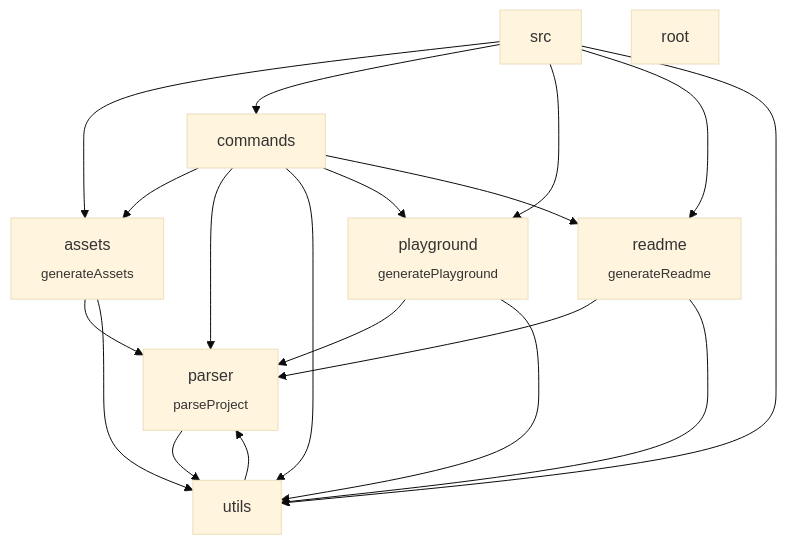
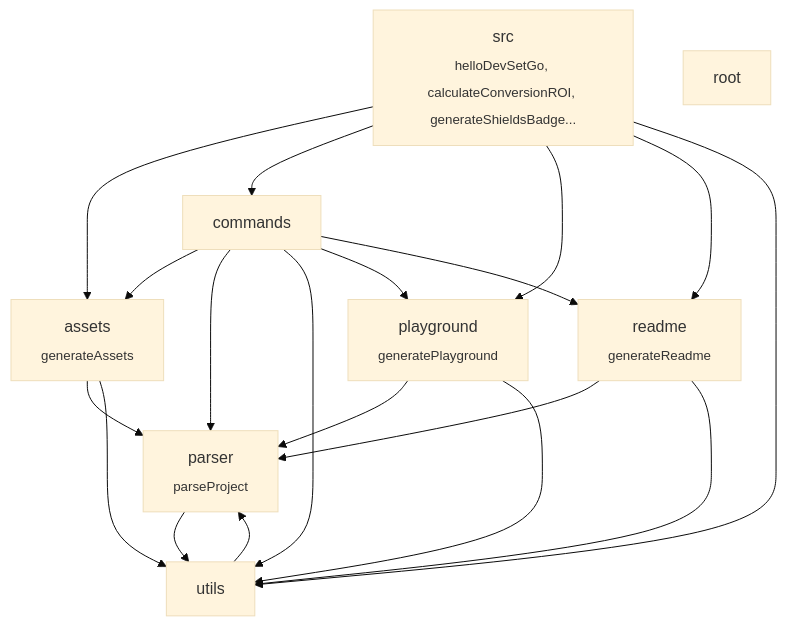
Before and after one commit to abdullahbilal-y/devsetgo: the diagram in README.md, drawn with Mermaid (base theme). The commit also changed 10 other files, not shown here.

````diff
--- a/README.md
+++ b/README.md
@@ -49,29 +49,29 @@
 ```mermaid
 graph TB
     assets["assets<br/><sub>generateAssets</sub>"]
-    src["src"]
+    src["src<br/><sub>helloDevSetGo, calculateConversionROI, generateShieldsBadge...</sub>"]
     commands["commands"]
     parser["parser<br/><sub>parseProject</sub>"]
     playground["playground<br/><sub>generatePlayground</sub>"]
     readme["readme<br/><sub>generateReadme</sub>"]
     utils["utils"]
     root["root"]
     assets --> parser
     assets --> utils
     src --> assets
     src --> commands
     src --> playground
     src --> readme
     src --> utils
     commands --> assets
     commands --> parser
     commands --> utils
     commands --> playground
     commands --> readme
     parser --> utils
     playground --> parser
     playground --> utils
     readme --> parser
     readme --> utils
     utils --> parser
 ```
````
